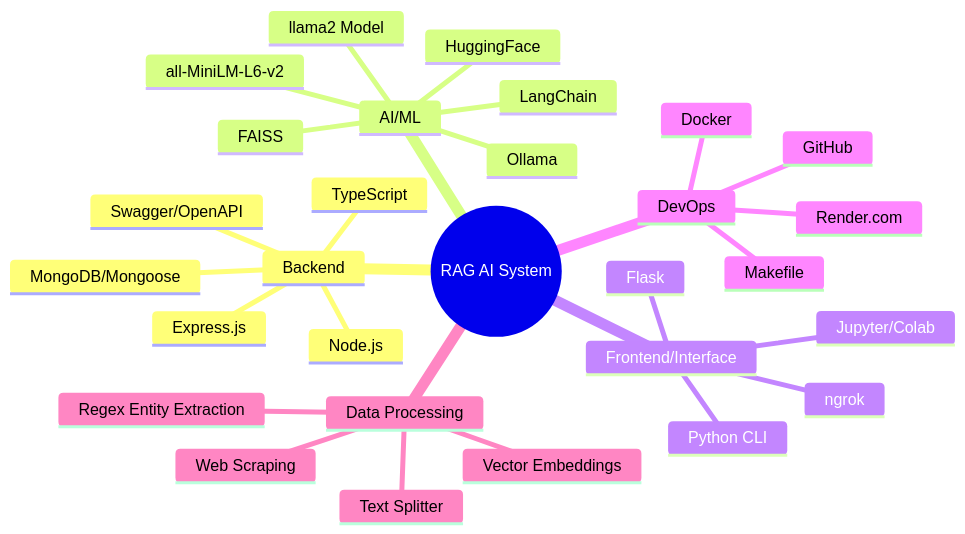
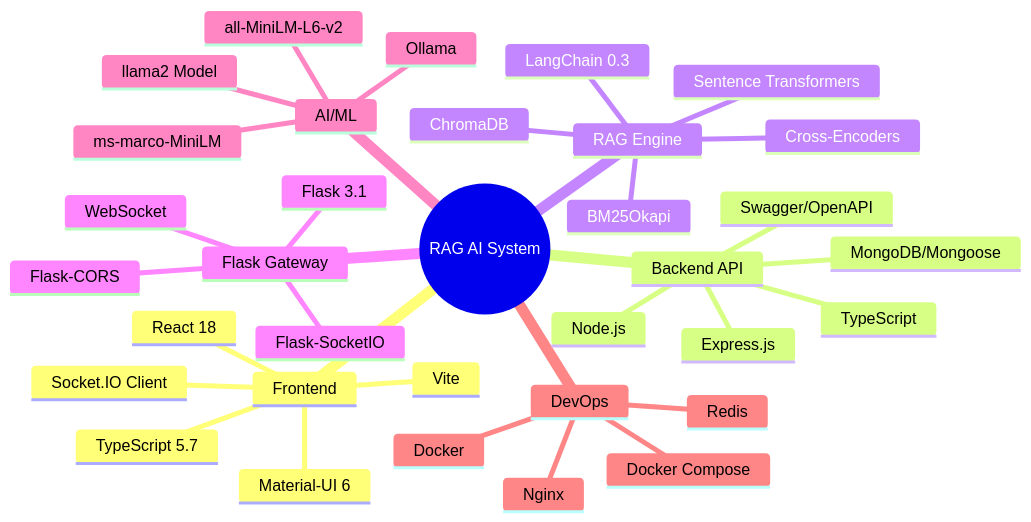
The eighth of 8 diagrams in README.md (yamposskype/AI-RAG-LangChain), drawn with Mermaid before and after one commit. The commit also changed other lines of this file and 21 other files, not shown here.

Commit message:
feat: initialize React frontend with Vite, add Flask backend with WebSocket support, and implement document upload functionality

````diff
--- a/README.md
+++ b/README.md
@@ -666,36 +1188,42 @@
 ```mermaid
 mindmap
   root((RAG AI System))
-    Backend
+    Frontend
+      React 18
+      TypeScript 5.7
+      Material-UI 6
+      Socket.IO Client
+      Vite
+
+    Backend API
       Express.js
       TypeScript
       Node.js
       MongoDB/Mongoose
       Swagger/OpenAPI
 
+    RAG Engine
+      LangChain 0.3
+      ChromaDB
+      Sentence Transformers
+      Cross-Encoders
+      BM25Okapi
+
+    Flask Gateway
+      Flask 3.1
+      Flask-SocketIO
+      Flask-CORS
+      WebSocket
+
     AI/ML
-      LangChain
       Ollama
-      HuggingFace
-      FAISS
       llama2 Model
       all-MiniLM-L6-v2
-
-    Frontend/Interface
-      Flask
-      Jupyter/Colab
-      Python CLI
-      ngrok
+      ms-marco-MiniLM
 
     DevOps
       Docker
-      Render.com
-      GitHub
-      Makefile
-
-    Data Processing
-      Text Splitter
-      Regex Entity Extraction
-      Vector Embeddings
-      Web Scraping
+      Docker Compose
+      Nginx
+      Redis
 ```
````
